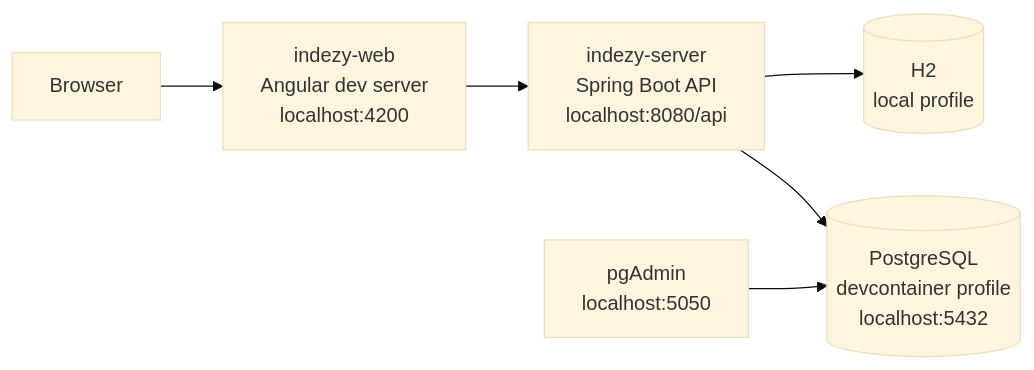
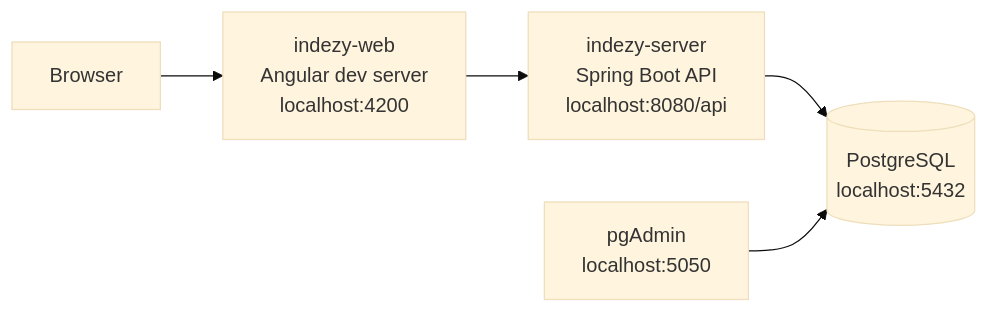
One commit to chefzaid/indezy changed the diagram in docs/development.md. Above: the diagram before and after it, drawn with Mermaid (base theme). The commit also changed other lines of this file and 18 other files, not shown here.

````diff
--- a/docs/development.md
+++ b/docs/development.md
@@ -14,8 +14,7 @@
 ```mermaid
 flowchart LR
     browser[Browser] --> web[indezy-web\nAngular dev server\nlocalhost:4200]
     web --> api[indezy-server\nSpring Boot API\nlocalhost:8080/api]
-    api --> h2[(H2\nlocal profile)]
-    api --> pg[(PostgreSQL\ndevcontainer profile\nlocalhost:5432)]
+    api --> pg[(PostgreSQL\nlocalhost:5432)]
     pgadmin[pgAdmin\nlocalhost:5050] --> pg
 ```
````
